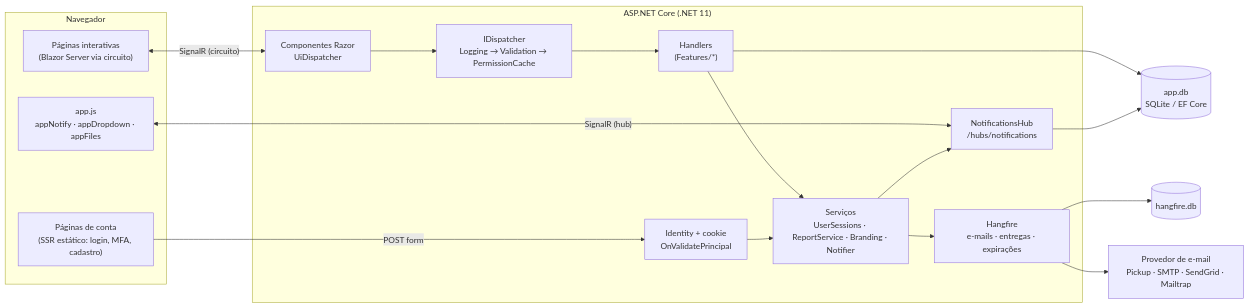
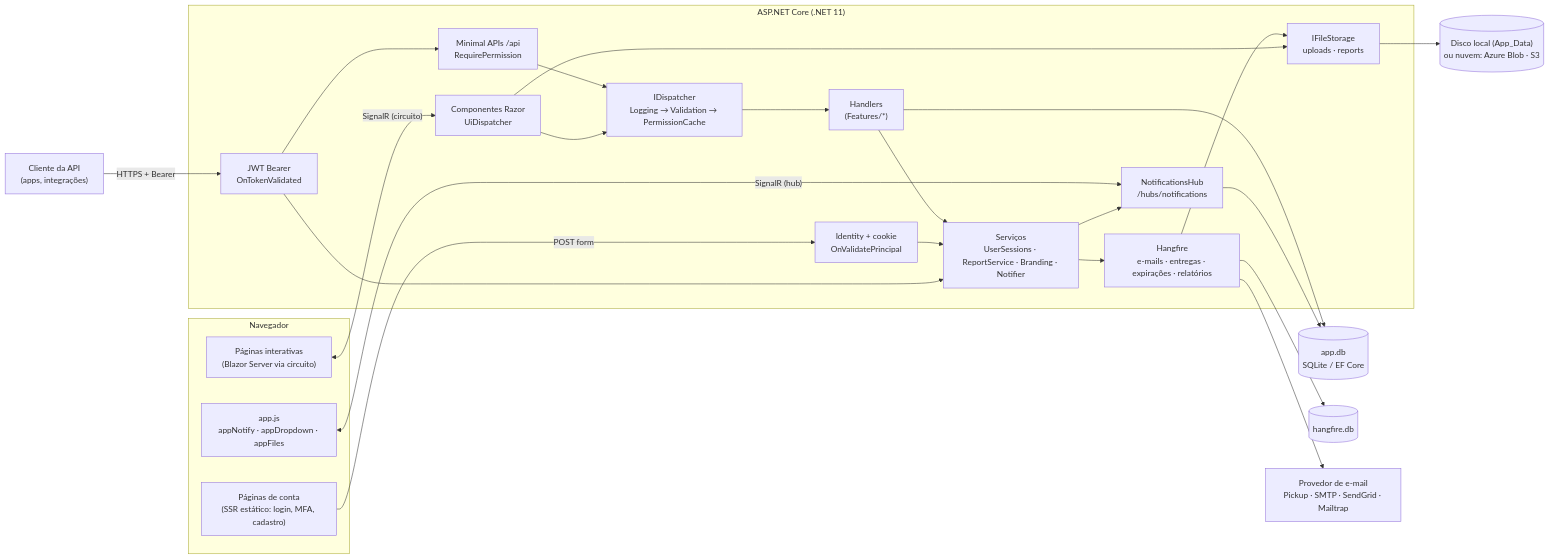
The first of 7 diagrams in README.md (salesHgabriel/BlazorApp3), drawn with Mermaid before and after one commit. The commit also changed other lines of this file and 29 other files, not shown here.

````diff
--- a/README.md
+++ b/README.md
@@ -303,33 +532,43 @@
 ```mermaid
 flowchart LR
     subgraph Navegador
         SSR["Páginas de conta<br/>(SSR estático: login, MFA, cadastro)"]
         UI["Páginas interativas<br/>(Blazor Server via circuito)"]
         JS["app.js<br/>appNotify · appDropdown · appFiles"]
     end
+    EXT["Cliente da API<br/>(apps, integrações)"]
 
     subgraph Servidor["ASP.NET Core (.NET 11)"]
         ID["Identity + cookie<br/>OnValidatePrincipal"]
+        JWT["JWT Bearer<br/>OnTokenValidated"]
+        API["Minimal APIs /api<br/>RequirePermission"]
         COMP["Componentes Razor<br/>UiDispatcher"]
         CQRS["IDispatcher<br/>Logging → Validation → PermissionCache"]
         H["Handlers<br/>(Features/*)"]
         SVC["Serviços<br/>UserSessions · ReportService · Branding · Notifier"]
+        FS["IFileStorage<br/>uploads · reports"]
         HUB["NotificationsHub<br/>/hubs/notifications"]
-        HF["Hangfire<br/>e-mails · entregas · expirações"]
+        HF["Hangfire<br/>e-mails · entregas · expirações · relatórios"]
     end
 
     DB[("app.db<br/>SQLite / EF Core")]
     HDB[("hangfire.db")]
     MAIL["Provedor de e-mail<br/>Pickup · SMTP · SendGrid · Mailtrap"]
+    STO[("Disco local (App_Data)<br/>ou nuvem: Azure Blob · S3")]
 
     SSR -- "POST form" --> ID
     UI <-- "SignalR (circuito)" --> COMP
     JS <-- "SignalR (hub)" --> HUB
+    EXT -- "HTTPS + Bearer" --> JWT --> API
+    API --> CQRS
     COMP --> CQRS --> H --> DB
     H --> SVC
     SVC --> HUB
     SVC --> HF --> HDB
     HF --> MAIL
+    HF --> FS
+    COMP --> FS --> STO
     ID --> SVC
+    JWT --> SVC
     HUB --> DB
 ```
````
